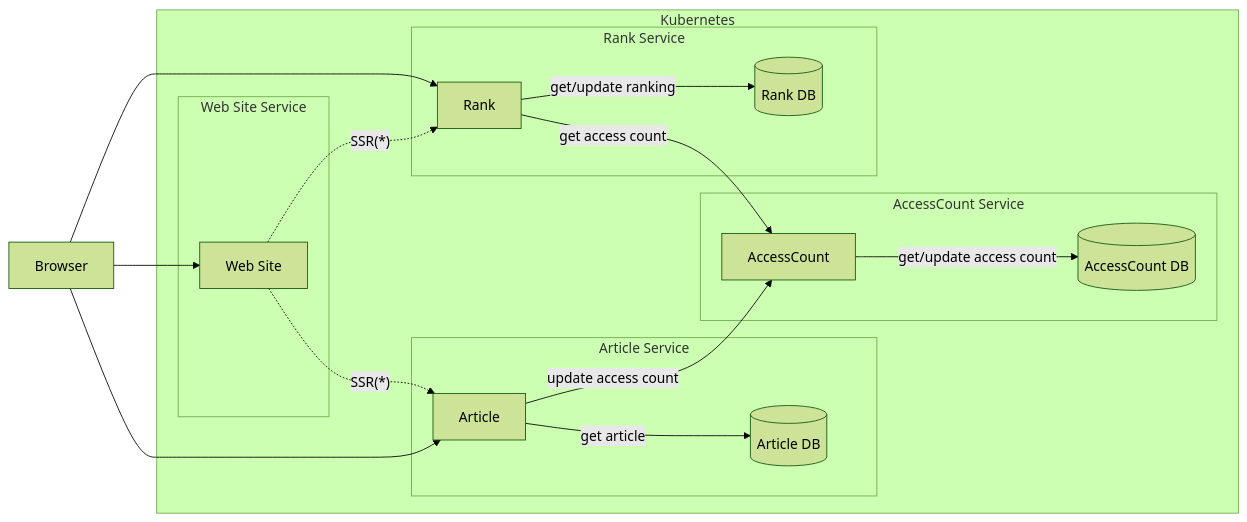
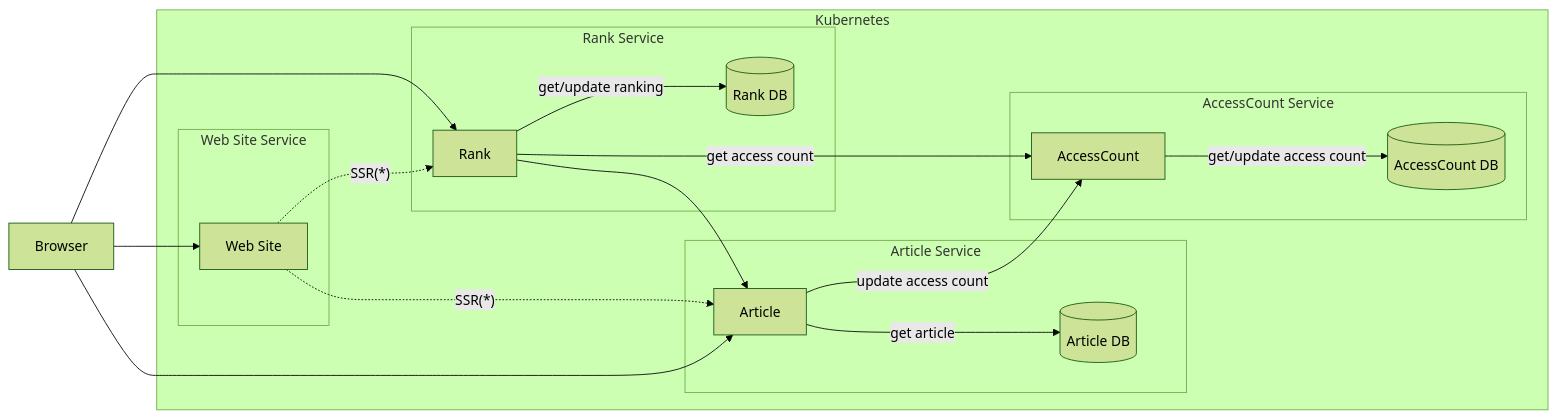
The first of 2 diagrams in README.md (satooooshi/kubernetes-sample1), drawn with Mermaid (forest theme) before and after one commit. The commit also changed other lines of this file, not shown here.

````diff
--- a/README.md
+++ b/README.md
@@ -23,26 +23,27 @@
 ```mermaid
 %% TODO make picture
 graph LR
   browser["Browser"]
   browser --> article
   browser --> website
   subgraph k8s["Kubernetes"]
     website -. "SSR(*)" .-> article["Article"]
     website -. "SSR(*)" .-> rank["Rank"]
     subgraph websitesvc["Web Site Service"]
       website["Web Site"]
     end
     article -- "update access count" --> accesscount["AccessCount"]
     rank -- "get access count" --> accesscount
     subgraph articlesvc["Article Service"]
       article -- "get article" --> articledb[("Article DB")]
     end
     subgraph accesscountsvc["AccessCount Service"]
       accesscount -- "get/update access count" --> accesscountdb[("AccessCount DB")]
     end
     subgraph ranksvc["Rank Service"]
       rank -- "get/update ranking" --> rankdb[("Rank DB")]
     end
+    rank --> article
   end
   browser --> rank
 ```
````
